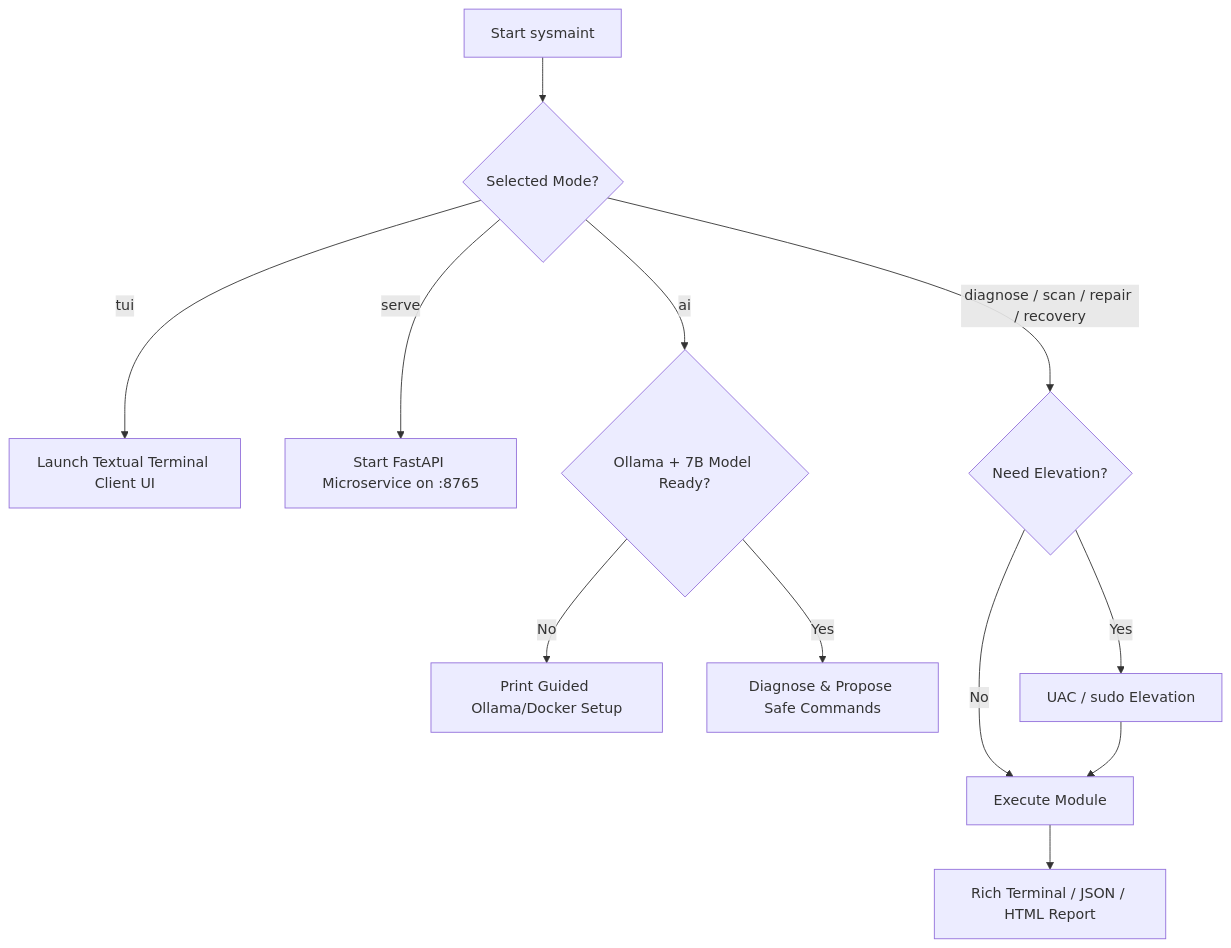
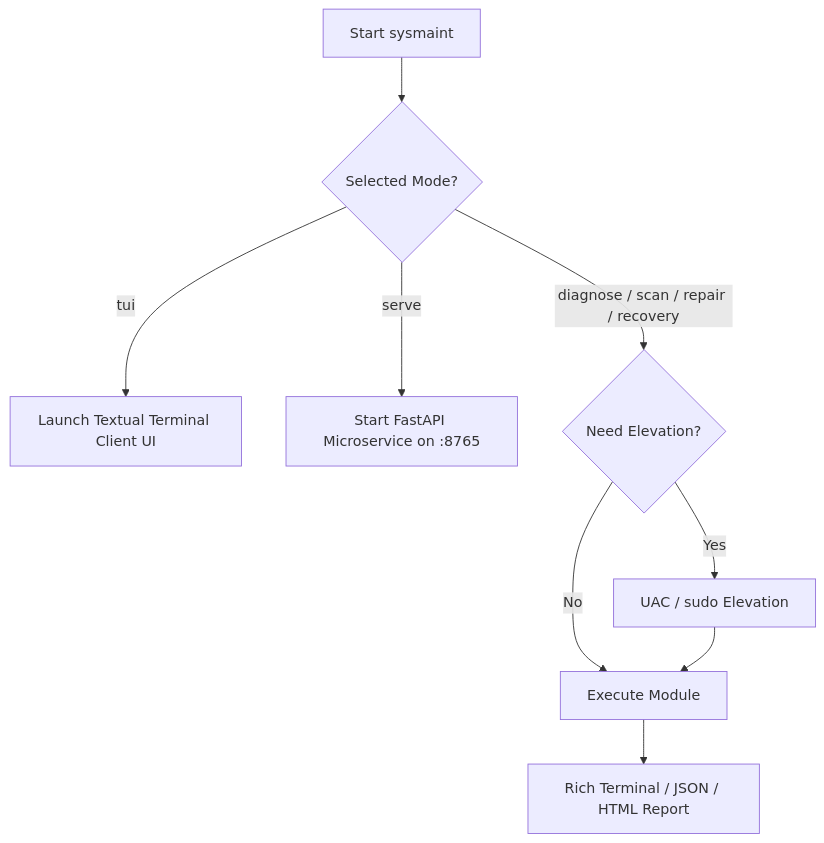
Before and after one commit to Kennny7/sysmaint: the second of 2 diagrams in README.md, drawn with Mermaid. The commit also changed other lines of this file, not shown here.

Commit message:
docs(): Update README.md content and user guide reference

````diff
--- a/README.md
+++ b/README.md
@@ -69,14 +68,11 @@
 ```mermaid
 flowchart TD
     Start[Start sysmaint] --> Mode{Selected Mode?}
     Mode -->|tui| LaunchTUI[Launch Textual Terminal Client UI]
     Mode -->|serve| LaunchAPI[Start FastAPI Microservice on :8765]
-    Mode -->|ai| CheckAI{Ollama + 7B Model Ready?}
-    CheckAI -->|No| GuideUser[Print Guided Ollama/Docker Setup]
-    CheckAI -->|Yes| Analyze[Diagnose & Propose Safe Commands]
     Mode -->|diagnose / scan / repair / recovery| PrivCheck{Need Elevation?}
     PrivCheck -->|No| RunMod[Execute Module]
     PrivCheck -->|Yes| Elevate[UAC / sudo Elevation]
     Elevate --> RunMod
     RunMod --> Output[Rich Terminal / JSON / HTML Report]
 ```
````
